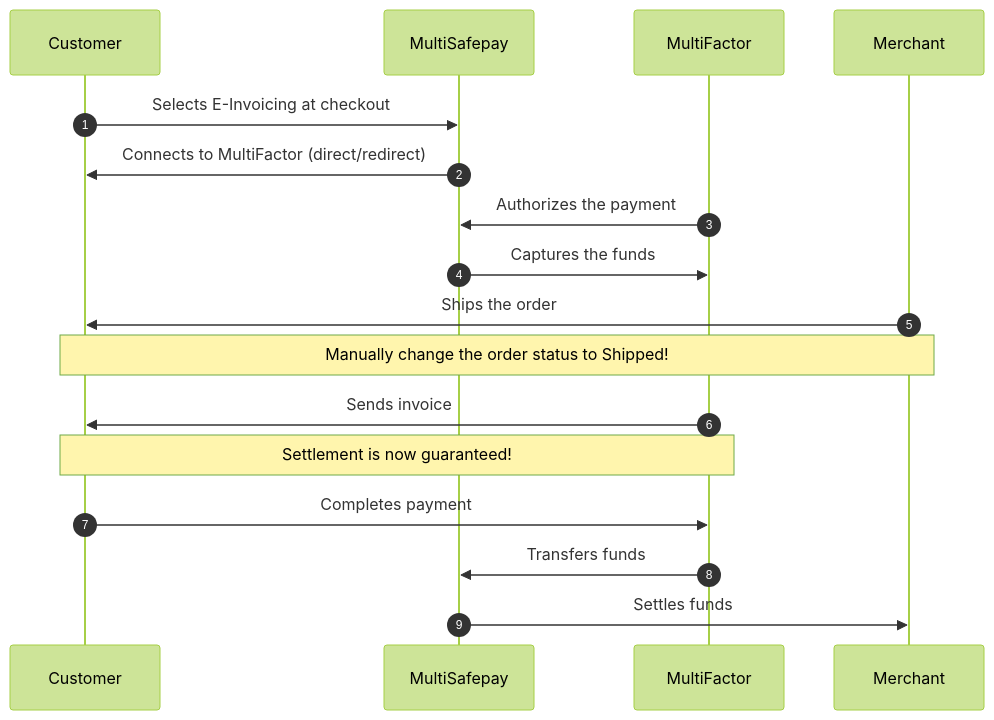
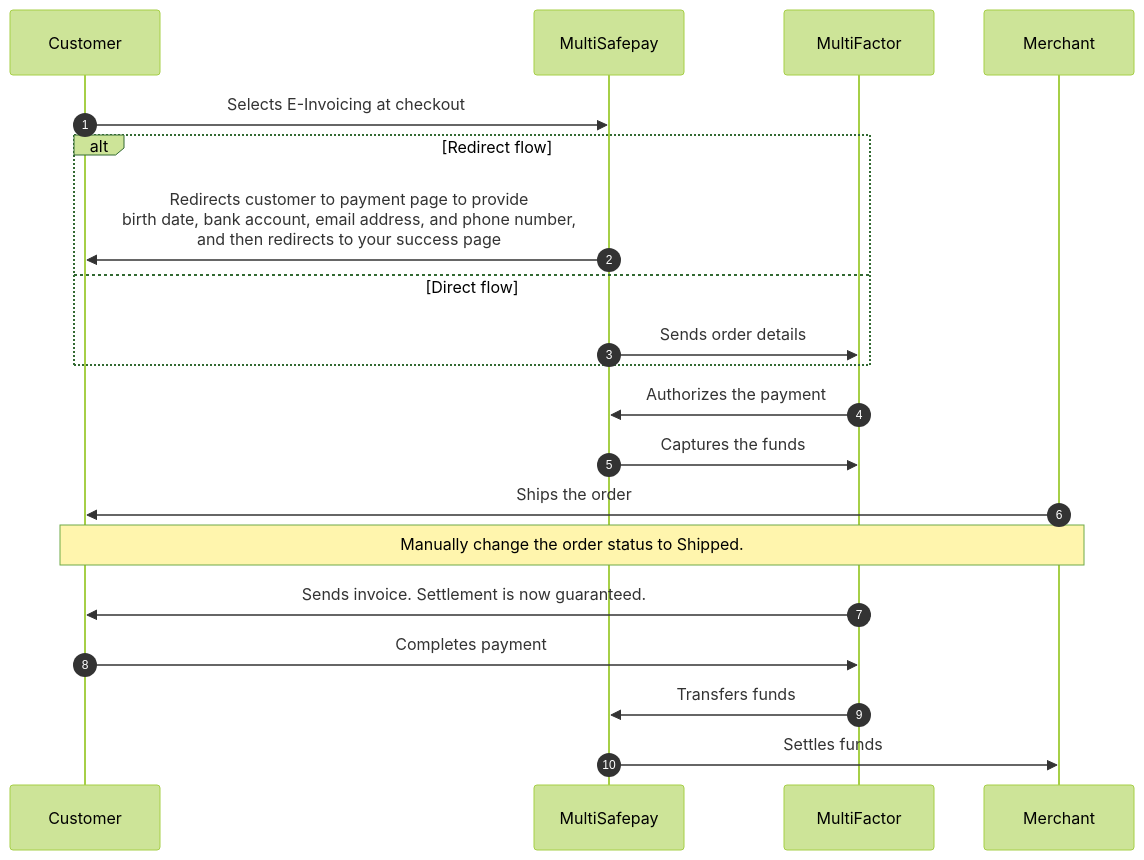
The diagram in content/payments/methods/pay-later/e-invoicing/payment-flow.md (MultiSafepay/docs), drawn with Mermaid (forest theme) before and after one commit. The commit also changed other lines of this file and 34 other files, not shown here.

```diff
--- a/content/payments/methods/pay-later/e-invoicing/payment-flow.md
+++ b/content/payments/methods/pay-later/e-invoicing/payment-flow.md
@@ -15,22 +15,25 @@
 {{< mermaid class="text-center" >}}
 
 sequenceDiagram
     autonumber
     participant C as Customer
     participant Mu as MultiSafepay
     participant MF as MultiFactor
     participant Me as Merchant
 
     C->>Mu: Selects E-Invoicing at checkout
-    Mu->>C: Connects to MultiFactor (direct/redirect)
+    alt Redirect flow
+    Mu->>C: Redirects customer to payment page to provide <br> birth date, bank account, email address, and phone number, <br> and then redirects to your success page
+    else Direct flow
+    Mu->>MF: Sends order details
+    end
     MF->>Mu: Authorizes the payment
     Mu->>MF: Captures the funds
     Me->>C: Ships the order
-    Note over Me,C: Manually change the order status to Shipped! 
-    MF->>C: Sends invoice 
-    Note over MF,C: Settlement is now guaranteed!
+    Note over Me,C: Manually change the order status to Shipped. 
+    MF->>C: Sends invoice. Settlement is now guaranteed.
     C->>MF: Completes payment 
     MF->>Mu: Transfers funds 
     Mu->>Me: Settles funds
 
 {{< /mermaid >}}
```
